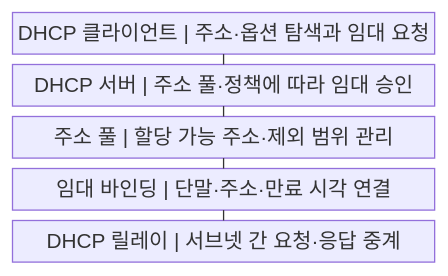
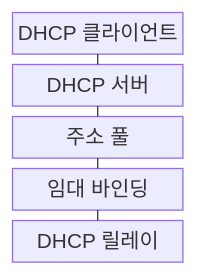
One commit to agnusdei1207/knowledge-base changed the first of 2 diagrams in src/content/docs/notes/04-network/007_dhcp.md. Above: the diagram before and after it, drawn with Mermaid. The commit also changed other lines of this file and 122 other files, not shown here.

````diff
--- a/src/content/docs/notes/04-network/007_dhcp.md
+++ b/src/content/docs/notes/04-network/007_dhcp.md
@@ -56,13 +56,13 @@
 ```mermaid
-block
+block-beta
     columns 1
-    A["DHCP 클라이언트 | 주소·옵션 탐색과 임대 요청"]
-    B["DHCP 서버 | 주소 풀·정책에 따라 임대 승인"]
-    C["주소 풀 | 할당 가능 주소·제외 범위 관리"]
-    D["임대 바인딩 | 단말·주소·만료 시각 연결"]
-    E["DHCP 릴레이 | 서브넷 간 요청·응답 중계"]
+    A["DHCP 클라이언트"]
+    B["DHCP 서버"]
+    C["주소 풀"]
+    D["임대 바인딩"]
+    E["DHCP 릴레이"]
     A --- B
     B --- C
     C --- D
     D --- E
 ```
````
